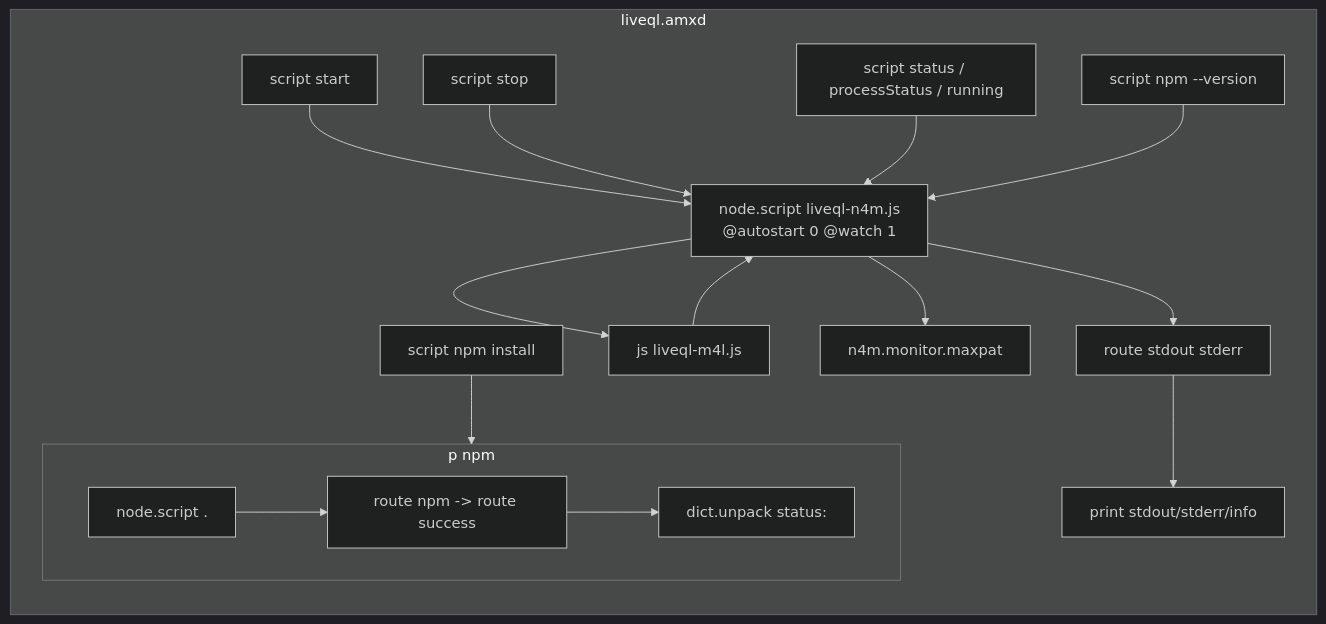
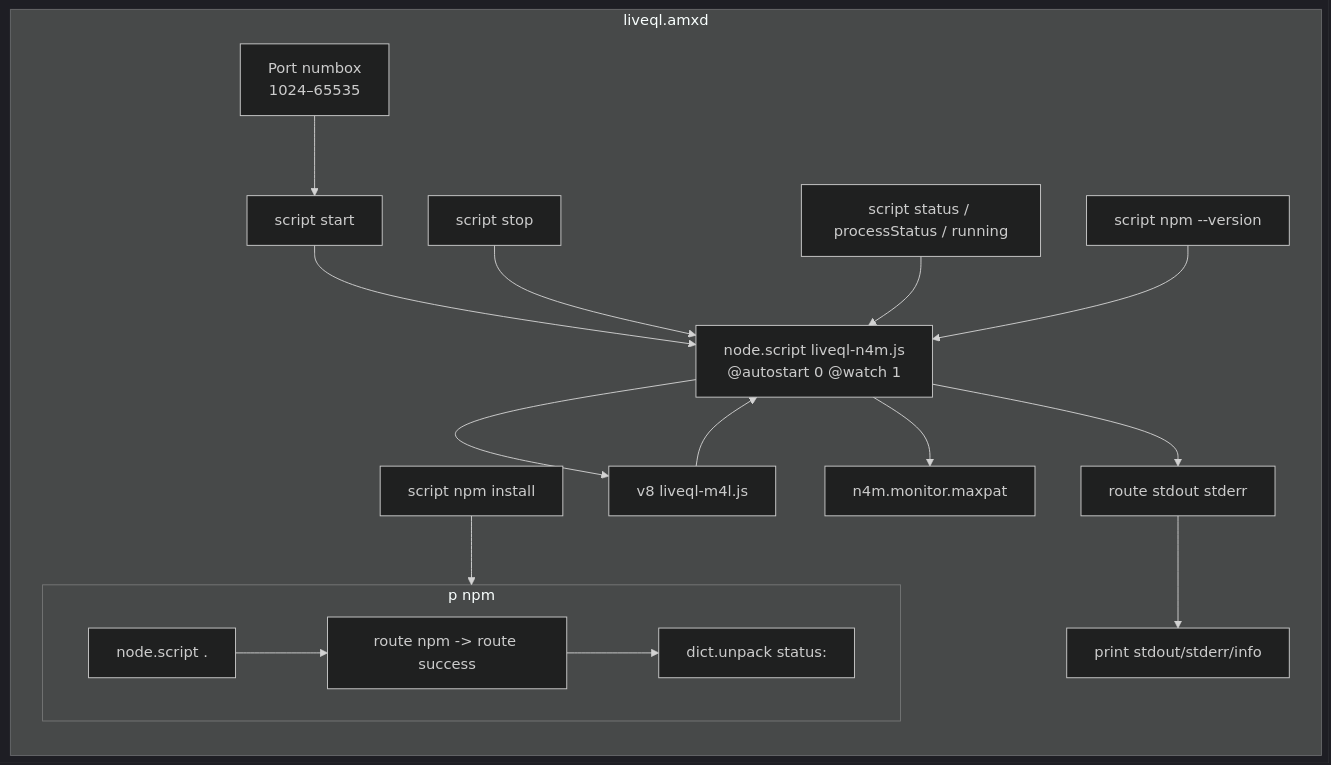
Before and after one commit to mw10013/liveql: the diagram in docs/m4l-amxd-research.md, drawn with Mermaid (dark theme). The commit also changed other lines of this file and 1 other file, not shown here.

Commit message:
docs: update m4l-amxd-research.md with recent findings and clarify Node for Max integration

````diff
--- a/docs/m4l-amxd-research.md
+++ b/docs/m4l-amxd-research.md
@@ -203,33 +243,35 @@
 ```mermaid
 flowchart LR
   subgraph AMXD[liveql.amxd]
-    JS[js liveql-m4l.js]
+    V8[v8 liveql-m4l.js]
     NODE[node.script liveql-n4m.js
     @autostart 0 @watch 1]
+    PORT[Port numbox
+    1024–65535]
     START[script start]
     STOP[script stop]
     STATUS[script status / processStatus / running]
     NPMV[script npm --version]
     NPMI[script npm install]
     ROUTE[route stdout stderr]
     OUT[print stdout/stderr/info]
     MON[n4m.monitor.maxpat]
 
-    START --> NODE
+    PORT --> START --> NODE
     STOP --> NODE
     STATUS --> NODE
     NPMV --> NODE
     NODE --> ROUTE --> OUT
-    NODE --> JS
-    JS --> NODE
+    NODE --> V8
+    V8 --> NODE
     NODE --> MON
     NPMI --> P_NPM
 
     subgraph P_NPM[p npm]
       DOT[node.script .]
       ROUTE_NPM[route npm -> route success]
       UNPACK[dict.unpack status:]
       DOT --> ROUTE_NPM --> UNPACK
     end
   end
 ```
````
